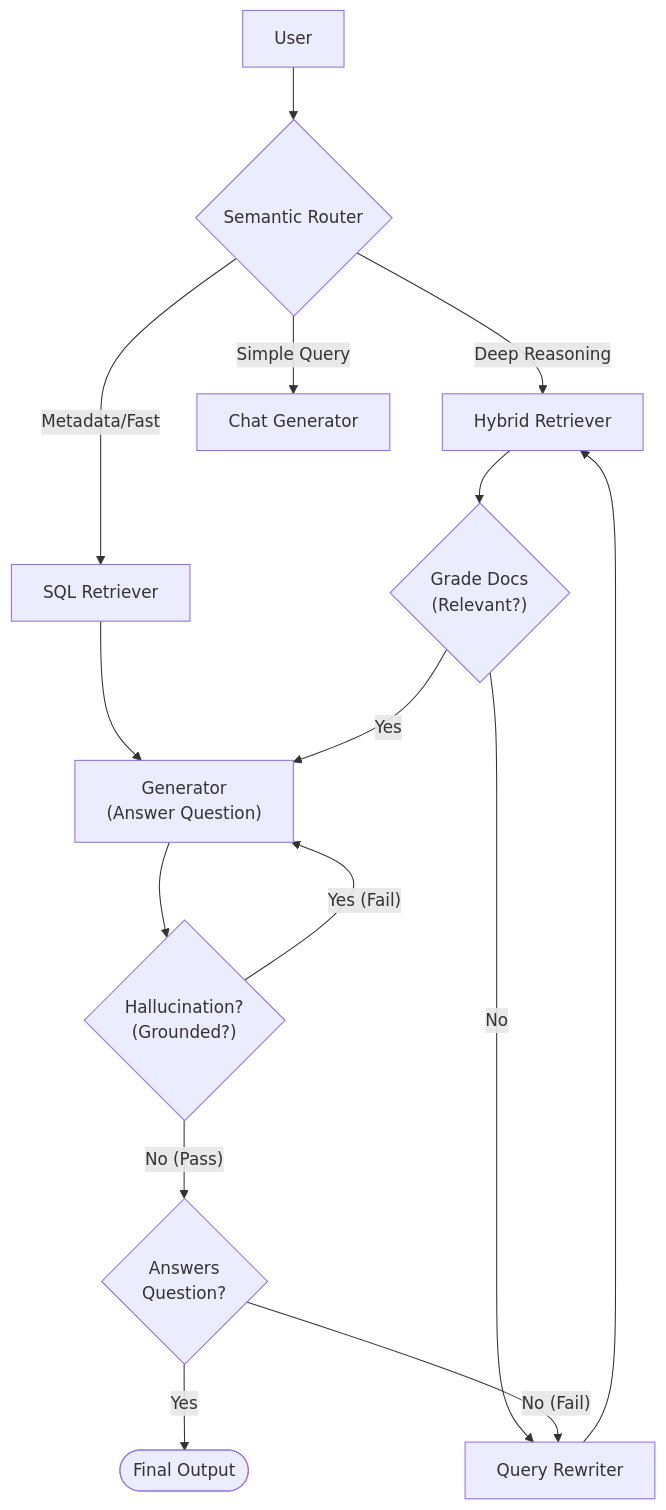
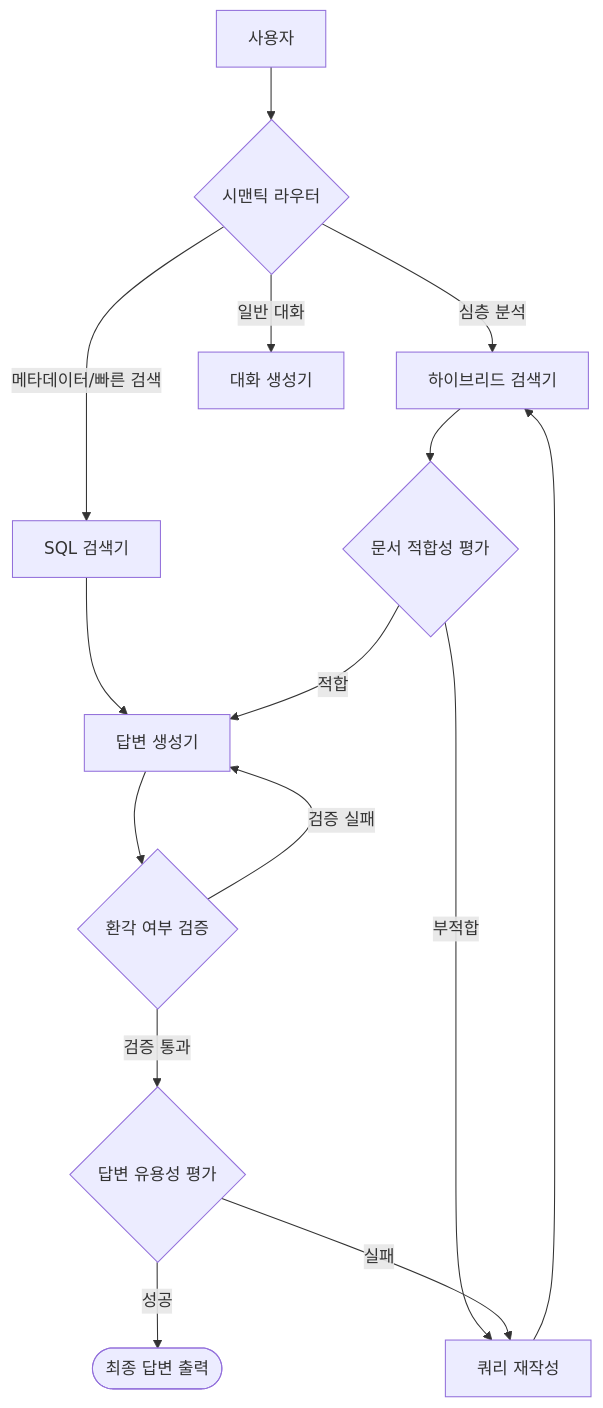
Before and after one commit to jinheeus/AIFFEL_QUEST: the diagram in README.md, drawn with Mermaid. The commit also changed other lines of this file and 18 other files, not shown here.

````diff
--- a/README.md
+++ b/README.md
@@ -15,27 +14,28 @@
 ```mermaid
 graph TD
-    User[User] --> Router{"Semantic Router"}
+    User[사용자] --> Router{"시맨틱 라우터"}
     
-    %% Routing Paths
-    Router -->|"Deep Reasoning"| Hybrid["Hybrid Retriever"]
-    Router -->|"Metadata/Fast"| SQL["SQL Retriever"]
-    Router -->|"Simple Query"| Chat["Chat Generator"]
+    %% 라우팅 경로
+    Router -->|"심층 분석"| Hybrid["하이브리드 검색기"]
+    Router -->|"메타데이터/빠른 검색"| SQL["SQL 검색기"]
+    Router -->|"일반 대화"| Chat["대화 생성기"]
     
-    %% SQL Path
+    %% SQL 경로
     SQL --> Generate
 
-    %% Corrective RAG (CRAG)
-    Hybrid --> GradeDocs{"Grade Docs<br>(Relevant?)"}
-    GradeDocs -->|Yes| Generate["Generator<br>(Answer Question)"]
-    GradeDocs -->|No| Rewrite["Query Rewriter"]
+    %% 교정형 RAG (CRAG)
+    Hybrid --> GradeDocs{"문서 적합성 평가"}
+    GradeDocs -->|적합| Generate["답변 생성기"]
+    GradeDocs -->|부적합| Rewrite["쿼리 재작성"]
     Rewrite --> Hybrid
     
-    %% Self-RAG (Verification)
-    Generate --> GradeHallu{"Hallucination?<br>(Grounded?)"}
+    %% 자가 검증 (Self-RAG)
+    Generate --> GradeHallu{"환각 여부 검증"}
     
-    GradeHallu -->|"Yes (Fail)"| Generate
-    GradeHallu -->|"No (Pass)"| GradeAnswer{"Answers<br>Question?"}
+    GradeHallu -->|"검증 실패"| Generate
+    GradeHallu -->|"검증 통과"| GradeAnswer{"답변 유용성 평가"}
     
-    GradeAnswer -->|Yes| End(["Final Output"])
-    GradeAnswer -->|"No (Fail)"| Rewrite
+    GradeAnswer -->|성공| End(["최종 답변 출력"])
+    GradeAnswer -->|"실패"| Rewrite
+
 ```
````
